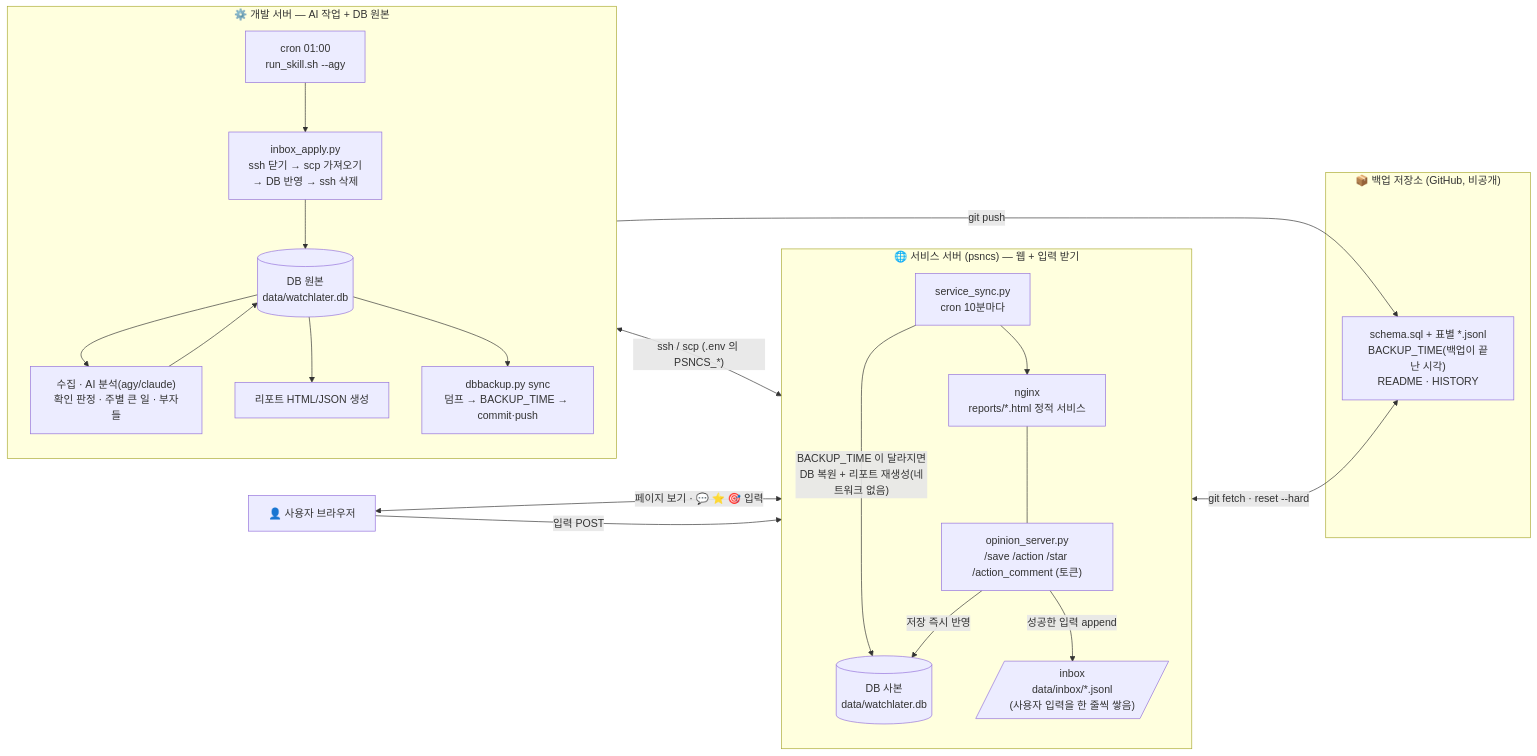
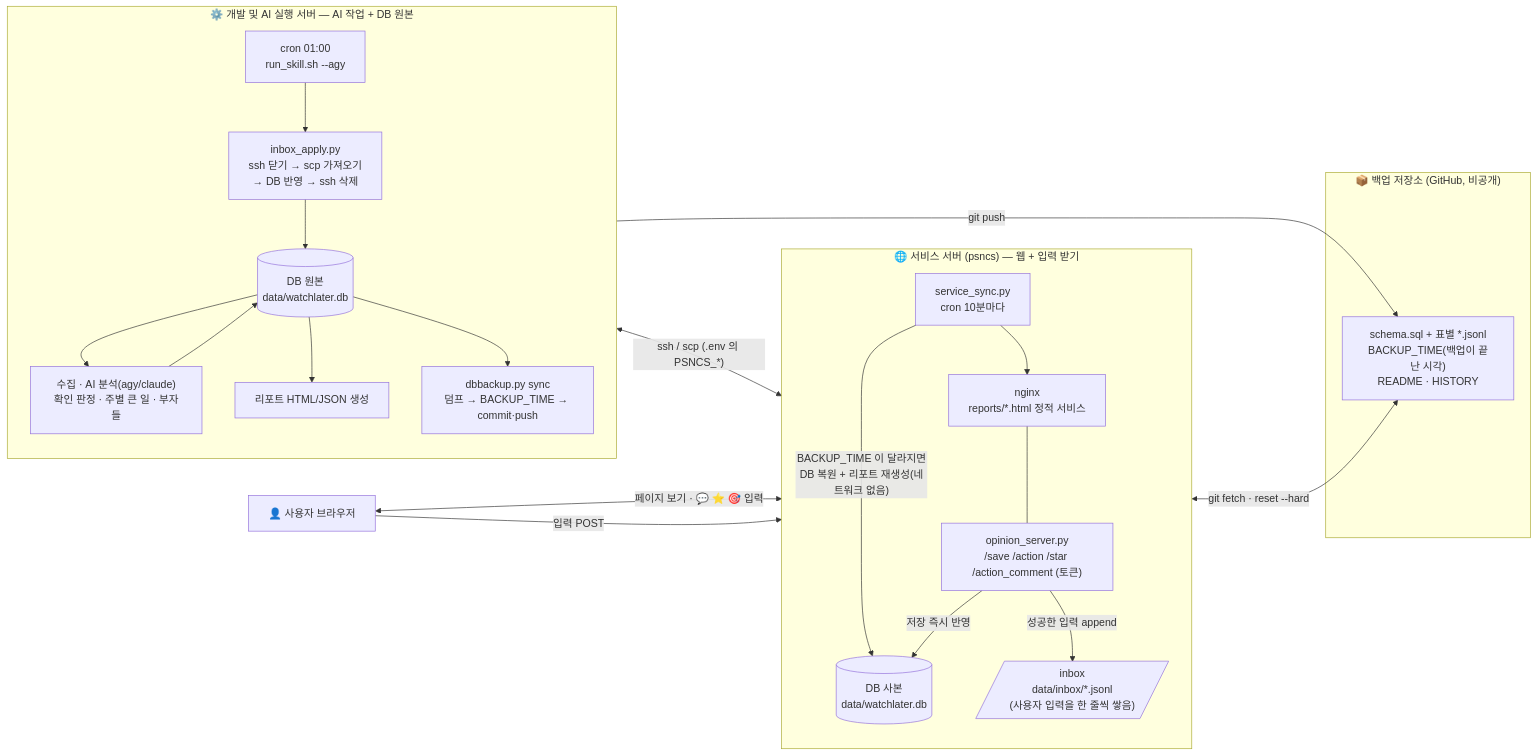
The first of 2 diagrams in README.md (cheoljoo/yt-watcher-later), drawn with Mermaid before and after one commit. The commit also changed other lines of this file and 1 other file, not shown here.

````diff
--- a/README.md
+++ b/README.md
@@ -42,42 +42,42 @@
 ```mermaid
 flowchart LR
     U["👤 사용자 브라우저"]
 
     subgraph SVC["🌐 서비스 서버 (psncs) — 웹 + 입력 받기"]
         direction TB
         NG["nginx<br/>reports/*.html 정적 서비스"]
         API["opinion_server.py<br/>/save /action /star /action_comment (토큰)"]
         SDB[("DB 사본<br/>data/watchlater.db")]
         IN[/"inbox<br/>data/inbox/*.jsonl<br/>(사용자 입력을 한 줄씩 쌓음)"/]
         SYNC["service_sync.py<br/>cron 10분마다"]
         NG --- API
         API -->|"저장 즉시 반영"| SDB
         API -->|"성공한 입력 append"| IN
         SYNC -->|"BACKUP_TIME 이 달라지면<br/>DB 복원 + 리포트 재생성(네트워크 없음)"| SDB
         SYNC --> NG
     end
 
     subgraph GH["📦 백업 저장소 (GitHub, 비공개)"]
         BK["schema.sql + 표별 *.jsonl<br/>BACKUP_TIME(백업이 끝난 시각)<br/>README · HISTORY"]
     end
 
-    subgraph DEV["⚙️ 개발 서버 — AI 작업 + DB 원본"]
+    subgraph DEV["⚙️ 개발 및 AI 실행 서버 — AI 작업 + DB 원본"]
         direction TB
         CRON["cron 01:00<br/>run_skill.sh --agy"]
         APPLY["inbox_apply.py<br/>ssh 닫기 → scp 가져오기<br/>→ DB 반영 → ssh 삭제"]
         DDB[("DB 원본<br/>data/watchlater.db")]
         AI["수집 · AI 분석(agy/claude)<br/>확인 판정 · 주별 큰 일 · 부자들"]
         RPT["리포트 HTML/JSON 생성"]
         DUMP["dbbackup.py sync<br/>덤프 → BACKUP_TIME → commit·push"]
         CRON --> APPLY --> DDB
         DDB --> AI --> DDB
         DDB --> RPT
         DDB --> DUMP
     end
 
     U <-->|"페이지 보기 · 💬 ⭐ 🎯 입력"| NG
     U -->|"입력 POST"| API
     APPLY <-->|"ssh / scp (.env 의 PSNCS_*)"| IN
     DUMP -->|"git push"| BK
     SYNC <-->|"git fetch · reset --hard"| BK
 ```
````
